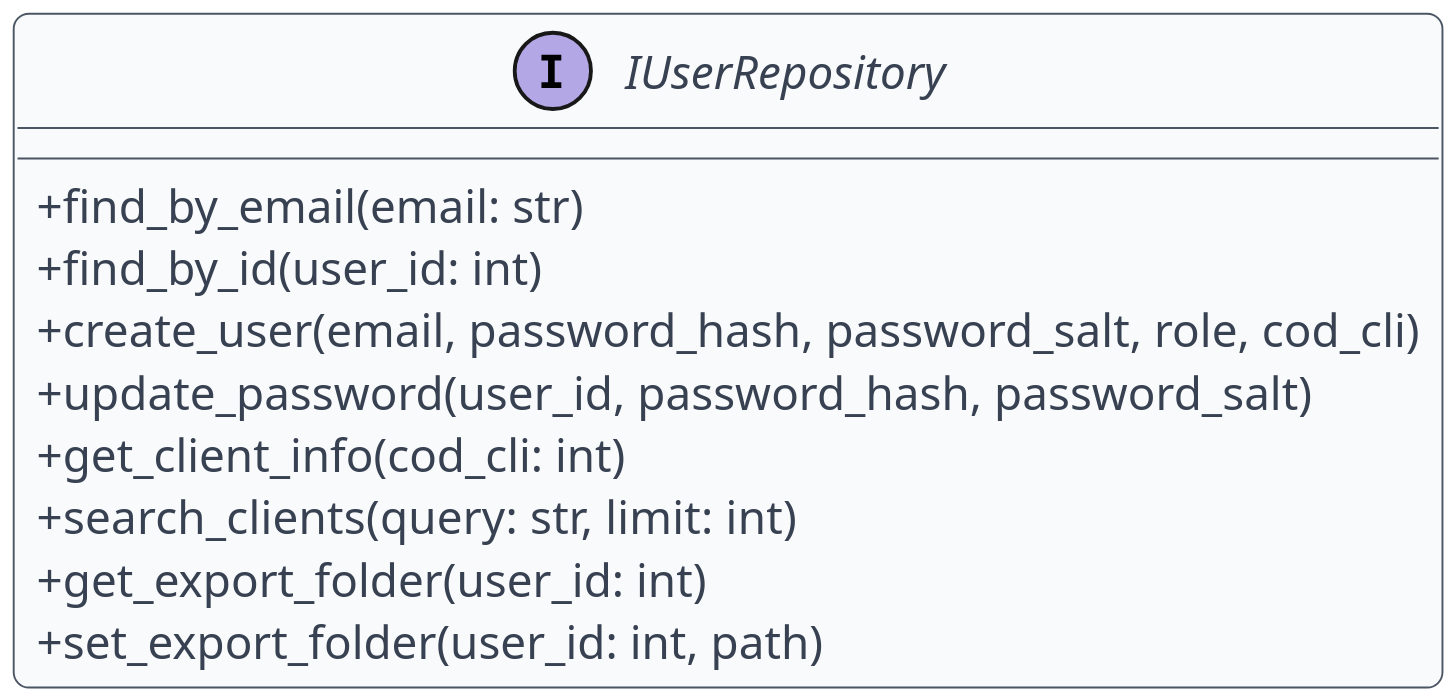
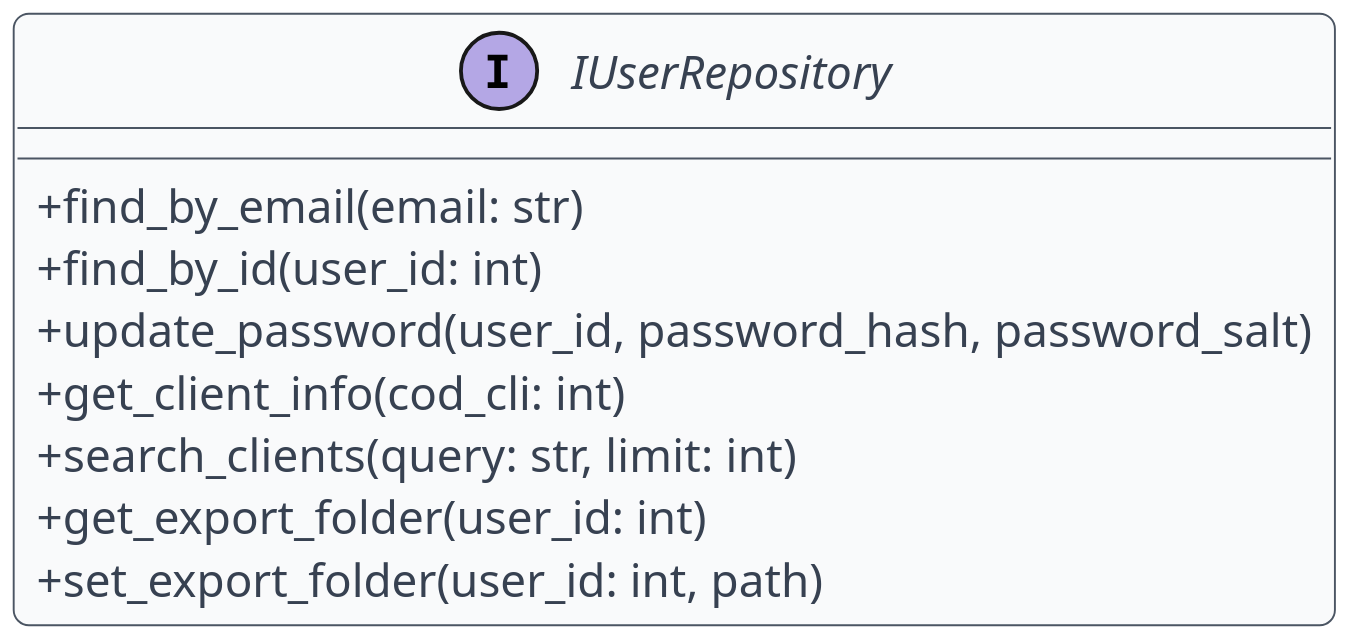
One commit to swenightpro/Documentazione changed the diagram in src/PB/Documentazione Esterna/Contenuti/componenti_specifiche_tecniche/assets/uml_backend/30_iuserrepository.puml. Above: the diagram before and after it, drawn with PlantUML. The commit also changed 14 other files, not shown here.

```diff
--- a/src/PB/Documentazione Esterna/Contenuti/componenti_specifiche_tecniche/assets/uml_backend/30_iuserrepository.puml
+++ b/src/PB/Documentazione Esterna/Contenuti/componenti_specifiche_tecniche/assets/uml_backend/30_iuserrepository.puml
@@ -1,29 +1,28 @@
 @startuml
 skinparam dpi 300
 skinparam shadowing false
 skinparam backgroundColor White
 skinparam defaultFontName Helvetica
 skinparam defaultFontSize 12
 skinparam ArrowColor #4B5563
 skinparam ArrowThickness 1
 skinparam roundcorner 8
 skinparam class {
   BackgroundColor #F9FAFB
   BorderColor #4B5563
   FontColor #111827
   AttributeFontColor #374151
   StereotypeFontColor #6B7280
 }
 skinparam classAttributeIconSize 0
 
 interface "IUserRepository" as C1 {
   + find_by_email(email: str)
   + find_by_id(user_id: int)
-  + create_user(email, password_hash, password_salt, role, cod_cli)
   + update_password(user_id, password_hash, password_salt)
   + get_client_info(cod_cli: int)
   + search_clients(query: str, limit: int)
   + get_export_folder(user_id: int)
   + set_export_folder(user_id: int, path)
 }
 @enduml
```
